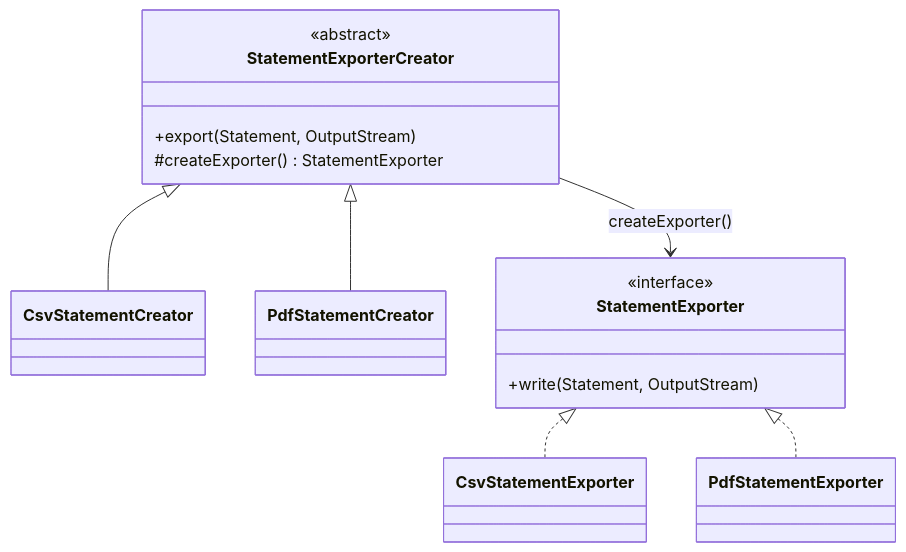
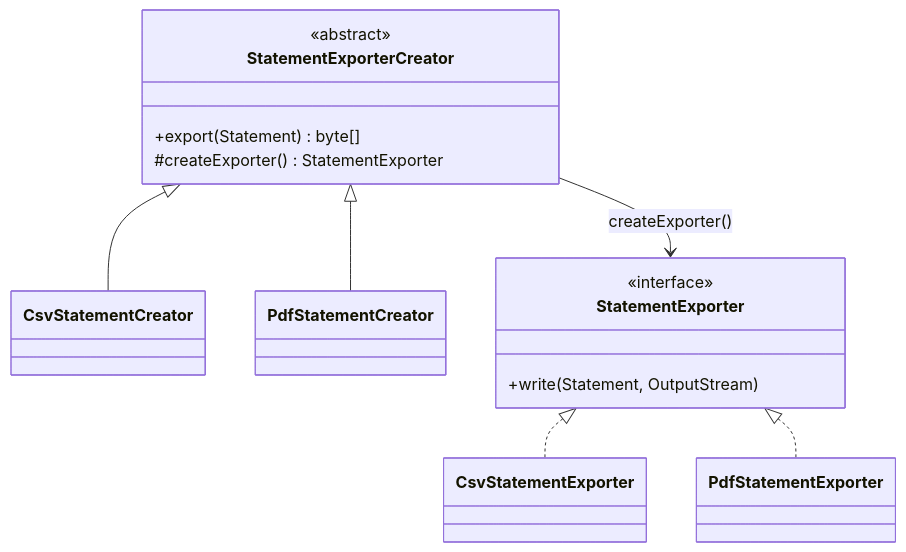
One commit to BoyTay/BankingApp changed the first of 3 diagrams in docs/patterns.md. Above: the diagram before and after it, drawn with Mermaid. The commit also changed other lines of this file and 32 other files, not shown here.

````diff
--- a/docs/patterns.md
+++ b/docs/patterns.md
@@ -9,21 +9,21 @@
 ```mermaid
 classDiagram
   class StatementExporterCreator {
     <<abstract>>
-    +export(Statement, OutputStream)
+    +export(Statement) byte[]
     #createExporter() StatementExporter
   }
   class CsvStatementCreator
   class PdfStatementCreator
   class StatementExporter {
     <<interface>>
     +write(Statement, OutputStream)
   }
   class CsvStatementExporter
   class PdfStatementExporter
   StatementExporterCreator <|-- CsvStatementCreator
   StatementExporterCreator <|-- PdfStatementCreator
   StatementExporterCreator --> StatementExporter : createExporter()
   StatementExporter <|.. CsvStatementExporter
   StatementExporter <|.. PdfStatementExporter
 ```
````
